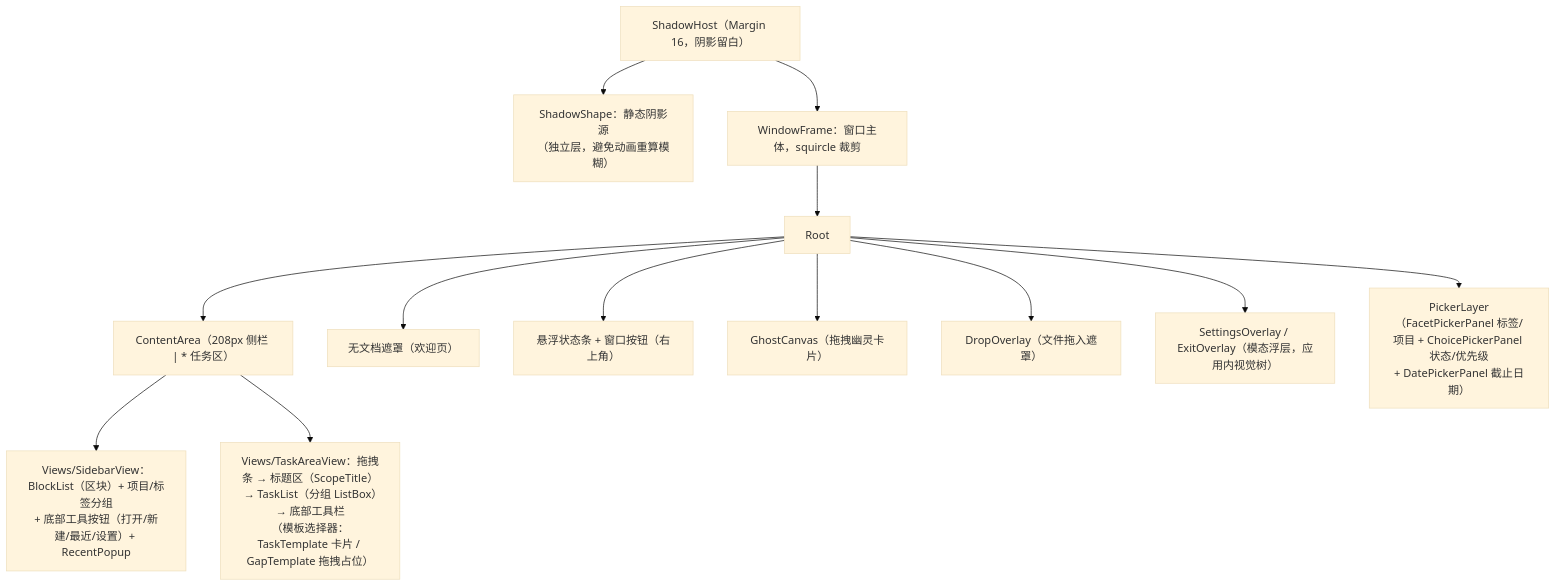
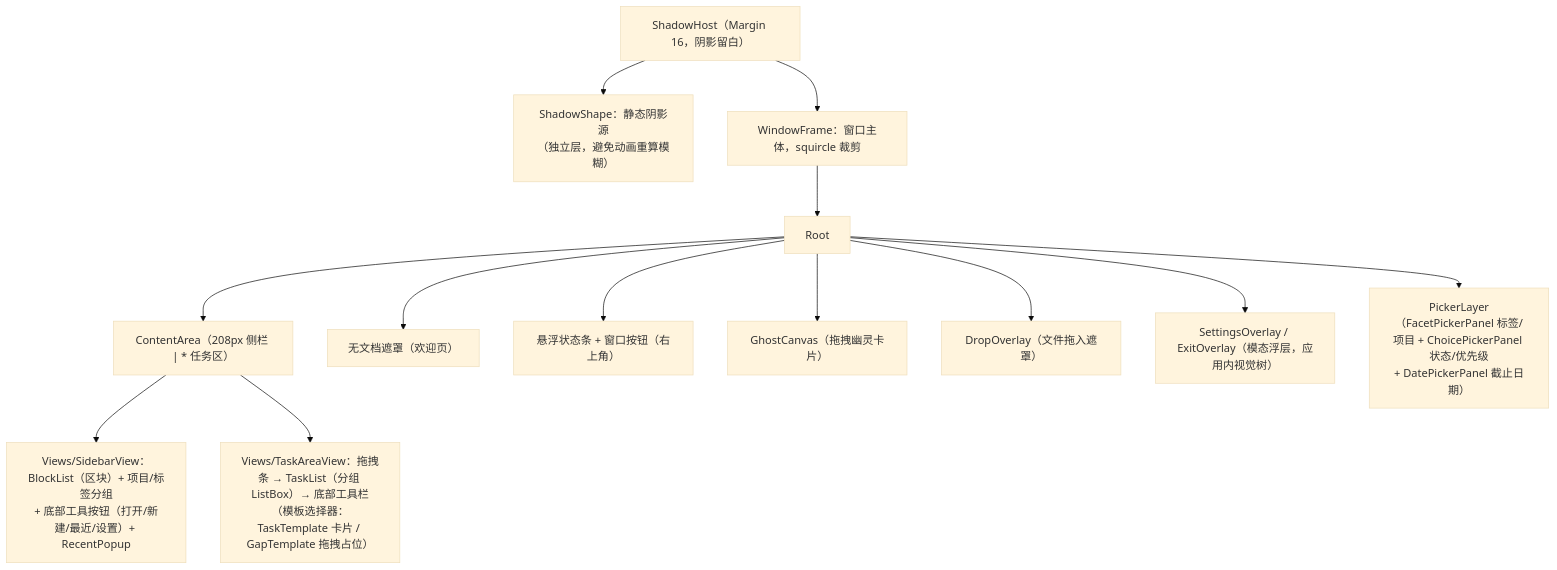
The second of 9 diagrams in stanza-wpf/docs/ARCHITECTURE.md (soryu-ryouji/Stanza), drawn with Mermaid (base theme) before and after one commit. The commit also changed other lines of this file and 15 other files, not shown here.

````diff
--- a/stanza-wpf/docs/ARCHITECTURE.md
+++ b/stanza-wpf/docs/ARCHITECTURE.md
@@ -163,16 +163,16 @@
 ```mermaid
 flowchart TB
     ShadowHost["ShadowHost（Margin 16，阴影留白）"]
     ShadowHost --> ShadowShape["ShadowShape：静态阴影源<br/>（独立层，避免动画重算模糊）"]
     ShadowHost --> WindowFrame["WindowFrame：窗口主体，squircle 裁剪"]
     WindowFrame --> Root["Root"]
     Root --> ContentArea["ContentArea（208px 侧栏 | * 任务区）"]
     ContentArea --> Sidebar["Views/SidebarView：BlockList（区块）+ 项目/标签分组<br/>+ 底部工具按钮（打开/新建/最近/设置）+ RecentPopup"]
-    ContentArea --> TaskArea["Views/TaskAreaView：拖拽条 → 标题区（ScopeTitle）<br/>→ TaskList（分组 ListBox）→ 底部工具栏<br/>（模板选择器：TaskTemplate 卡片 / GapTemplate 拖拽占位）"]
+    ContentArea --> TaskArea["Views/TaskAreaView：拖拽条 → TaskList（分组 ListBox）→ 底部工具栏<br/>（模板选择器：TaskTemplate 卡片 / GapTemplate 拖拽占位）"]
     Root --> Welcome["无文档遮罩（欢迎页）"]
     Root --> StatusBar["悬浮状态条 + 窗口按钮（右上角）"]
     Root --> Ghost["GhostCanvas（拖拽幽灵卡片）"]
     Root --> Drop["DropOverlay（文件拖入遮罩）"]
     Root --> Overlays["SettingsOverlay / ExitOverlay（模态浮层，应用内视觉树）"]
     Root --> Pickers["PickerLayer（FacetPickerPanel 标签/项目 + ChoicePickerPanel 状态/优先级<br/>+ DatePickerPanel 截止日期）"]
 ```
````
